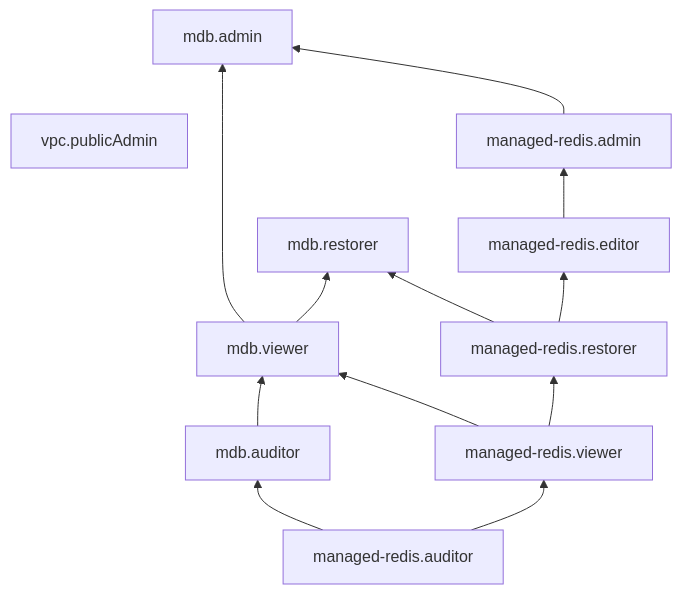
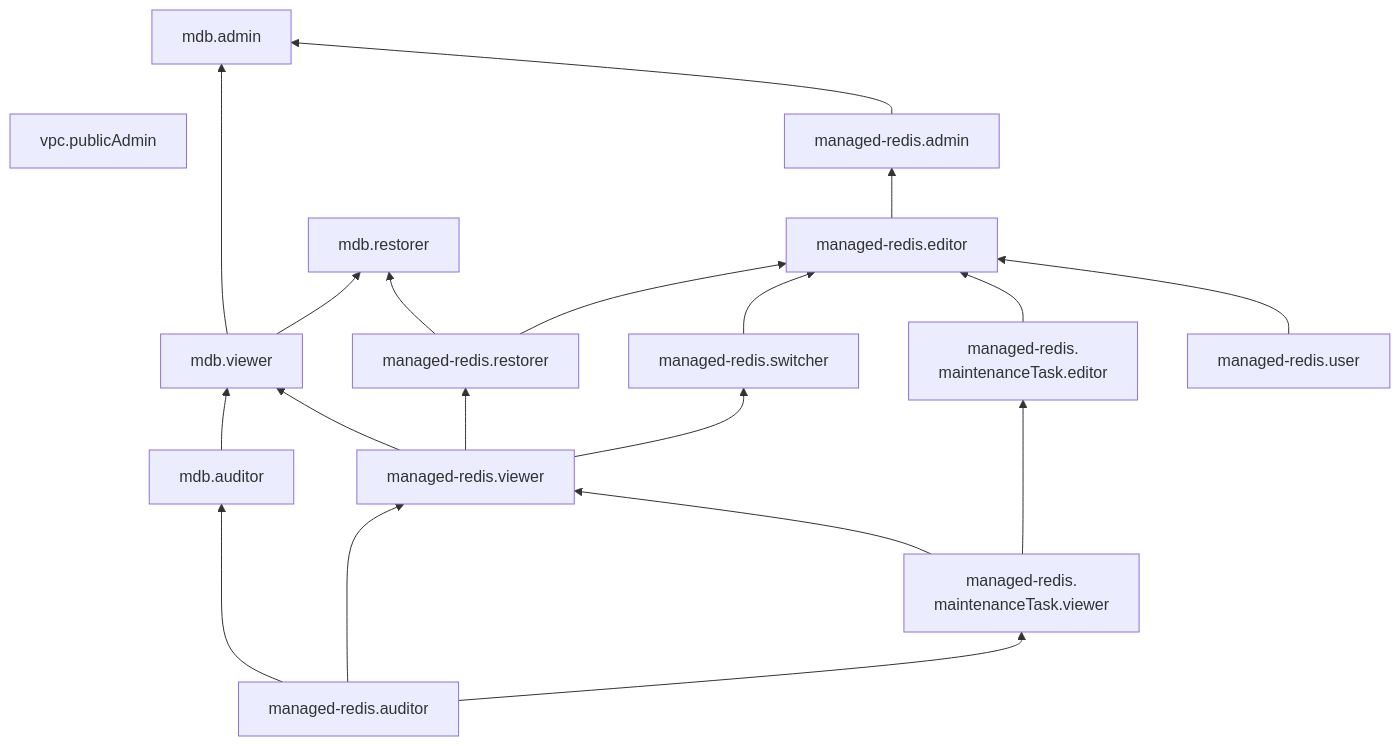
Before and after one commit to yandex-cloud/docs: the diagram in en/_mermaid/roles/managed-valkey.md, drawn with Mermaid. The commit also changed 584 other files, not shown here.

````diff
--- a/en/_mermaid/roles/managed-valkey.md
+++ b/en/_mermaid/roles/managed-valkey.md
@@ -1,15 +1,24 @@
 ```mermaid
 flowchart BT
     vpc.publicAdmin ~~~ mdb.admin
     mdb.viewer --> mdb.admin
     mdb.auditor --> mdb.viewer
     mdb.viewer --> mdb.restorer
     managed-redis.auditor --> mdb.auditor
     managed-redis.viewer --> mdb.viewer
     managed-redis.restorer --> mdb.restorer
     managed-redis.admin --> mdb.admin
     managed-redis.editor --> managed-redis.admin
     managed-redis.viewer --> managed-redis.restorer
     managed-redis.restorer --> managed-redis.editor
+    managed-redis.switcher --> managed-redis.editor
+    managed-redis.viewer --> managed-redis.switcher
+    managed-redis.maintenanceTask.editor --> managed-redis.editor
+    managed-redis.maintenanceTask.viewer --> managed-redis.viewer
+    managed-redis.user --> managed-redis.editor
     managed-redis.auditor --> managed-redis.viewer
+    managed-redis.auditor --> managed-redis.maintenanceTask.viewer["`managed-redis.
+    maintenanceTask.viewer`"]
+    managed-redis.maintenanceTask.viewer --> managed-redis.maintenanceTask.editor["`managed-redis.
+    maintenanceTask.editor`"]
 ```
````
